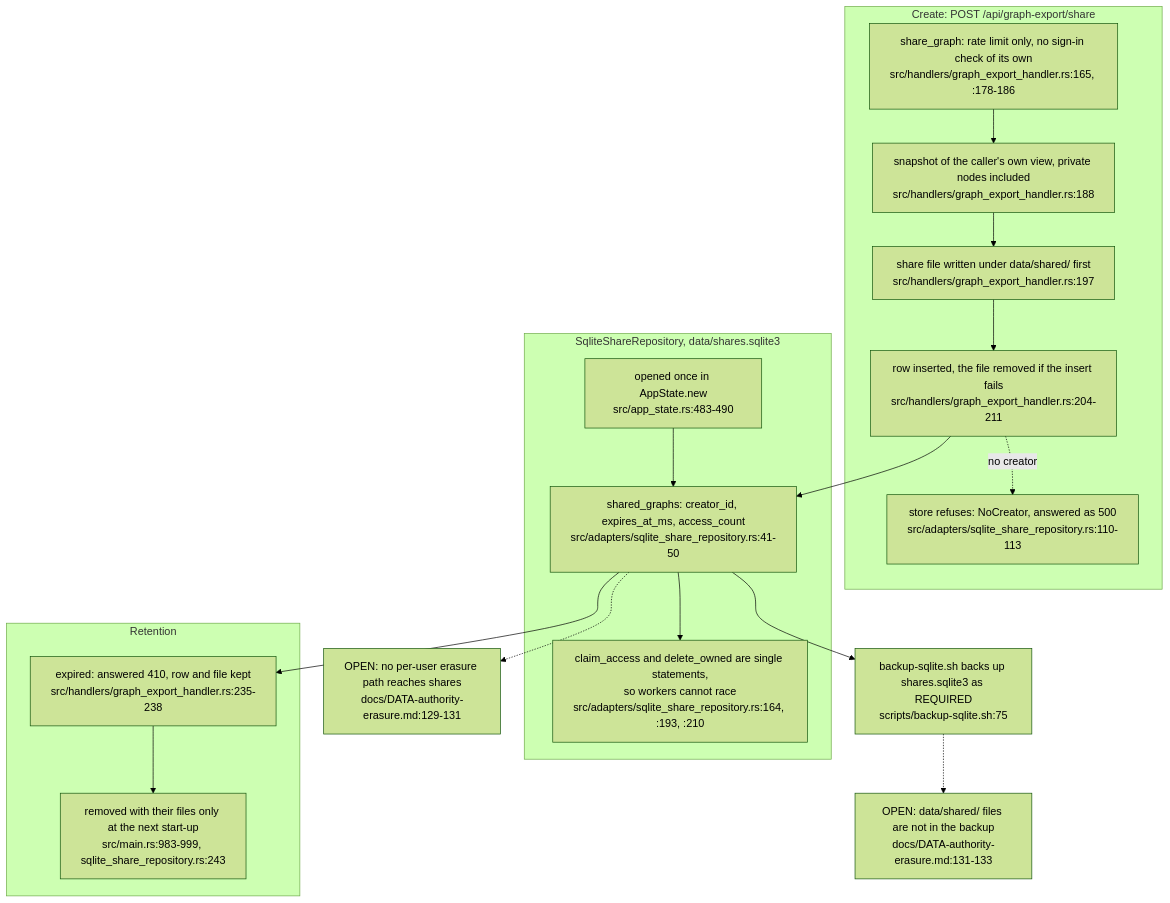
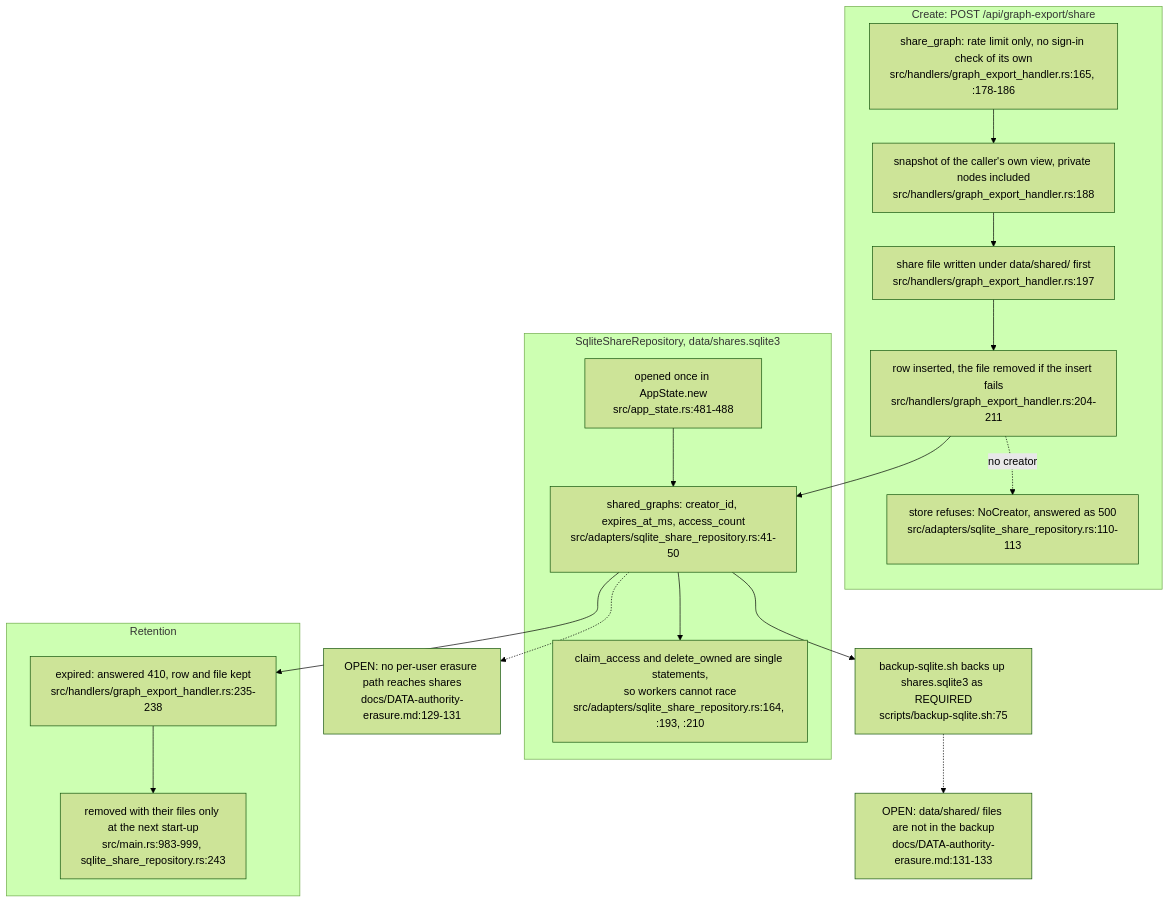
Before and after one commit to DreamLab-AI/VisionFlow: diagram 14 of 14 in docs/diagrams/visionclaw/22-data-authority-provenance-erasure.md, drawn with Mermaid (forest theme). The commit also changed other lines of this file and 81 other files, not shown here.

First line of the commit message:
docs(diagrams): roll VisionClaw topics to main 010e1109b (PR 37 and 38 merged); fix remaining prose citations

````diff
--- a/docs/diagrams/visionclaw/22-data-authority-provenance-erasure.md
+++ b/docs/diagrams/visionclaw/22-data-authority-provenance-erasure.md
@@ -557,26 +557,26 @@
 ```mermaid
 flowchart TB
     subgraph WRITE["Create: POST /api/graph-export/share"]
         SH["share_graph: rate limit only, no sign-in check of its own<br/>src/handlers/graph_export_handler.rs:165, :178-186"]
         SH --> VIEW["snapshot of the caller's own view, private nodes included<br/>src/handlers/graph_export_handler.rs:188"]
         VIEW --> FILE["share file written under data/shared/ first<br/>src/handlers/graph_export_handler.rs:197"]
         FILE --> ROW["row inserted, the file removed if the insert fails<br/>src/handlers/graph_export_handler.rs:204-211"]
         ROW -.->|"no creator"| NC["store refuses: NoCreator, answered as 500<br/>src/adapters/sqlite_share_repository.rs:110-113"]
     end
     subgraph STORE["SqliteShareRepository, data/shares.sqlite3"]
-        OPEN["opened once in AppState.new<br/>src/app_state.rs:483-490"]
+        OPEN["opened once in AppState.new<br/>src/app_state.rs:481-488"]
         TBL["shared_graphs: creator_id, expires_at_ms, access_count<br/>src/adapters/sqlite_share_repository.rs:41-50"]
         CLAIM["claim_access and delete_owned are single statements,<br/>so workers cannot race<br/>src/adapters/sqlite_share_repository.rs:164, :193, :210"]
         OPEN --> TBL --> CLAIM
     end
     ROW --> TBL
     subgraph LIFE["Retention"]
         GONE["expired: answered 410, row and file kept<br/>src/handlers/graph_export_handler.rs:235-238"]
         SWEEP["removed with their files only at the next start-up<br/>src/main.rs:983-999, sqlite_share_repository.rs:243"]
         GONE --> SWEEP
     end
     TBL --> GONE
     TBL --> BK["backup-sqlite.sh backs up shares.sqlite3 as REQUIRED<br/>scripts/backup-sqlite.sh:75"]
     BK -.-> NOFILES["OPEN: data/shared/ files are not in the backup<br/>docs/DATA-authority-erasure.md:131-133"]
     TBL -.-> NOERASE["OPEN: no per-user erasure path reaches shares<br/>docs/DATA-authority-erasure.md:129-131"]
 ```
````
